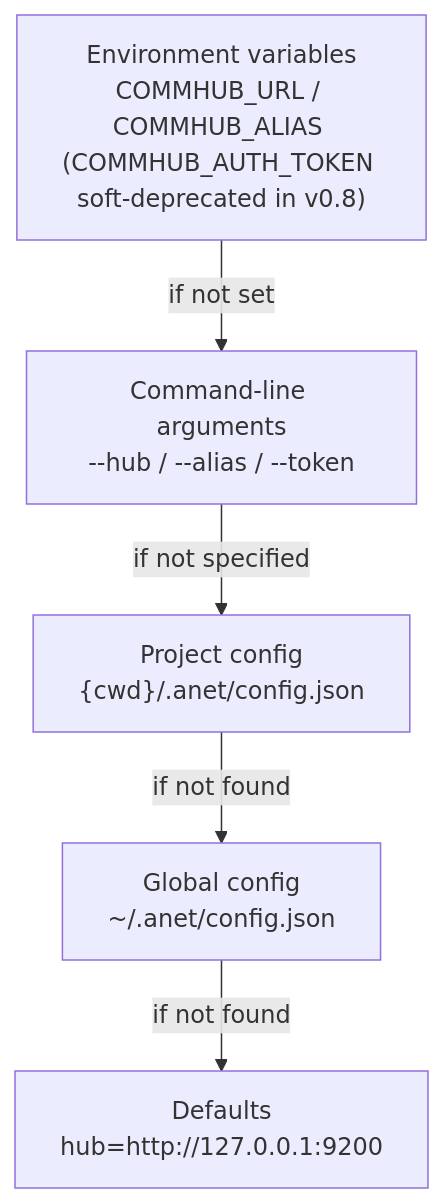
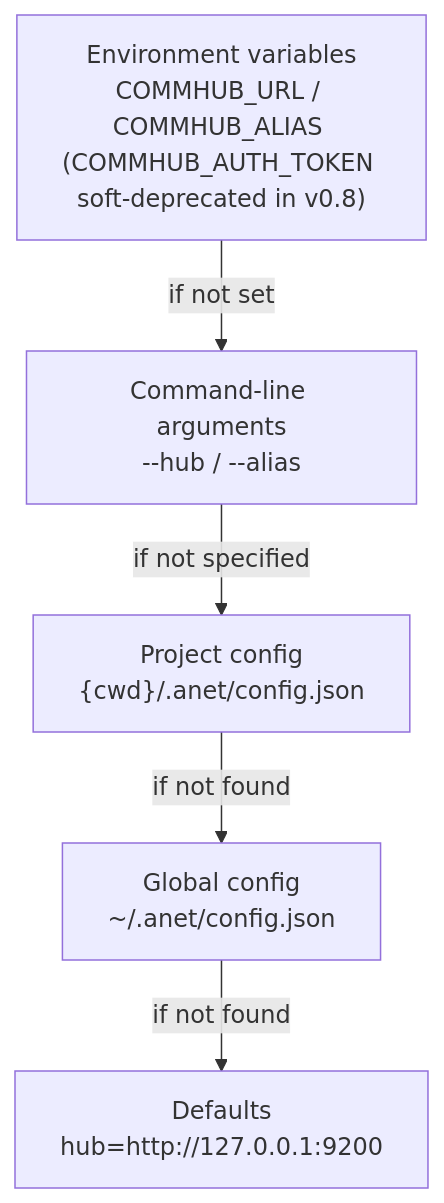
Before and after one commit to sleep2agi/agent-network: the seventh of 7 diagrams in docs-site/docs/en/guide/architecture.md, drawn with Mermaid. The commit also changed 3 other files, not shown here.

````diff
--- a/docs-site/docs/en/guide/architecture.md
+++ b/docs-site/docs/en/guide/architecture.md
@@ -352,13 +352,13 @@
 ```mermaid
 flowchart TD
     A["Environment variables\nCOMMHUB_URL / COMMHUB_ALIAS (COMMHUB_AUTH_TOKEN soft-deprecated in v0.8)"]
-    B["Command-line arguments\n--hub / --alias / --token"]
+    B["Command-line arguments\n--hub / --alias"]
     C["Project config\n{cwd}/.anet/config.json"]
     D["Global config\n~/.anet/config.json"]
     E["Defaults\nhub=http://127.0.0.1:9200"]
 
     A -->|if not set| B
     B -->|if not specified| C
     C -->|if not found| D
     D -->|if not found| E
 ```
````
